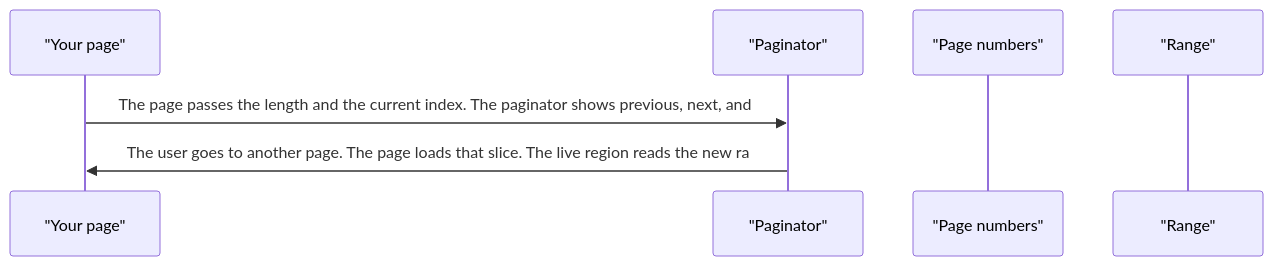
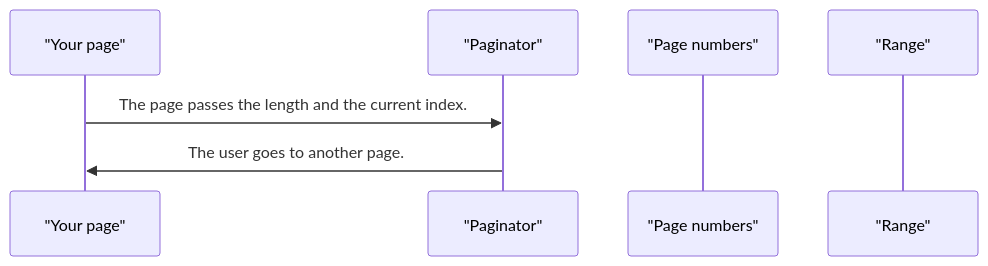
Before and after one commit to RajshekharBorate/pixel-ui: the second of 3 diagrams in projects/pixel-ui/src/lib/pixel-paginator/DESIGN.md, drawn with Mermaid. The commit also changed other lines of this file and 80 other files, not shown here.

Commit message:
Fill missing design flows and correct the stories that did not match component behavior.

````diff
--- a/projects/pixel-ui/src/lib/pixel-paginator/DESIGN.md
+++ b/projects/pixel-ui/src/lib/pixel-paginator/DESIGN.md
@@ -48,9 +48,9 @@
 ```mermaid
 sequenceDiagram
   participant page as "Your page"
   participant pager as "Paginator"
   participant pages as "Page numbers"
   participant live as "Range"
-  page->>pager: The page passes the length and the current index. The paginator shows previous, next, and 
-  pager->>page: The user goes to another page. The page loads that slice. The live region reads the new ra
+  page->>pager: The page passes the length and the current index.
+  pager->>page: The user goes to another page.
 ```
````
